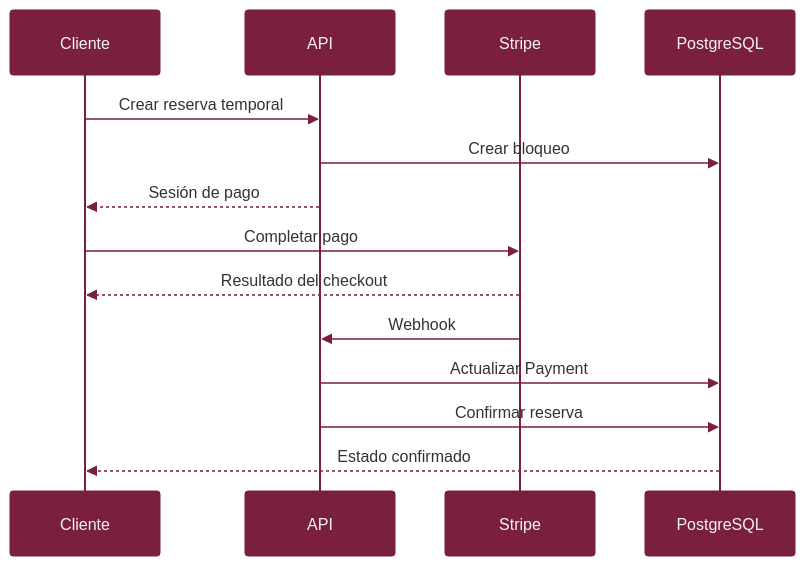
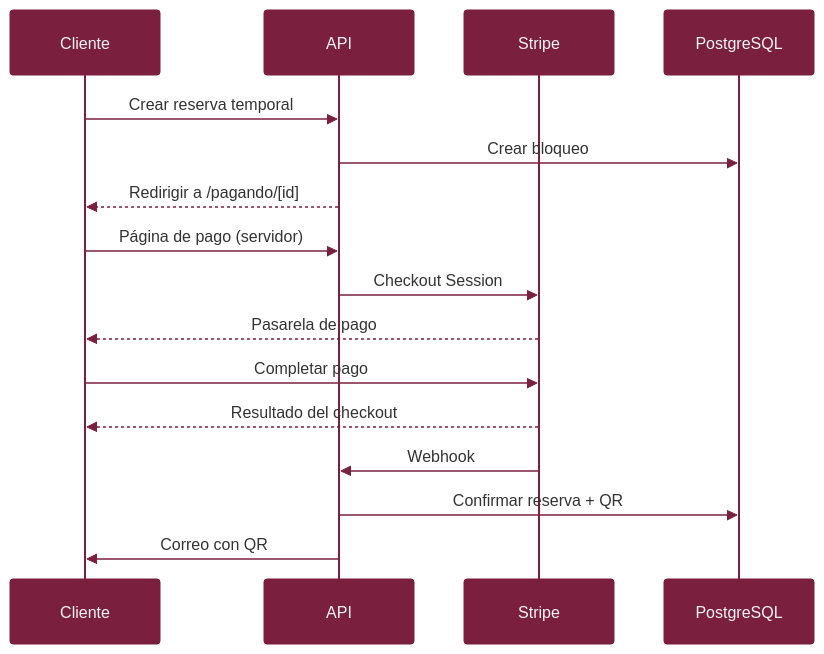
The fourth of 8 diagrams in README.md (LaoraSad/omegaComplex), drawn with Mermaid before and after one commit. The commit also changed other lines of this file and 1 other file, not shown here.

First line of the commit message:
docs(actualizar): README y funcionalidades al estado real

````diff
--- a/README.md
+++ b/README.md
@@ -318,18 +336,20 @@
 ```mermaid
 %%{init: {'theme':'base','themeVariables':{'actorBkg':'#7A1F3D','actorTextColor':'#F5F5F5','actorBorder':'#7A1F3D','signalColor':'#7A1F3D','noteBkgColor':'#C8A96B'}}}%%
 sequenceDiagram
     participant C as Cliente
     participant A as API
     participant S as Stripe
     participant DB as PostgreSQL
 
     C->>A: Crear reserva temporal
     A->>DB: Crear bloqueo
-    A-->>C: Sesión de pago
+    A-->>C: Redirigir a /pagando/[id]
+    C->>A: Página de pago (servidor)
+    A->>S: Checkout Session
+    S-->>C: Pasarela de pago
     C->>S: Completar pago
     S-->>C: Resultado del checkout
     S->>A: Webhook
-    A->>DB: Actualizar Payment
-    A->>DB: Confirmar reserva
-    DB-->>C: Estado confirmado
+    A->>DB: Confirmar reserva + QR
+    A->>C: Correo con QR
 ```
````
